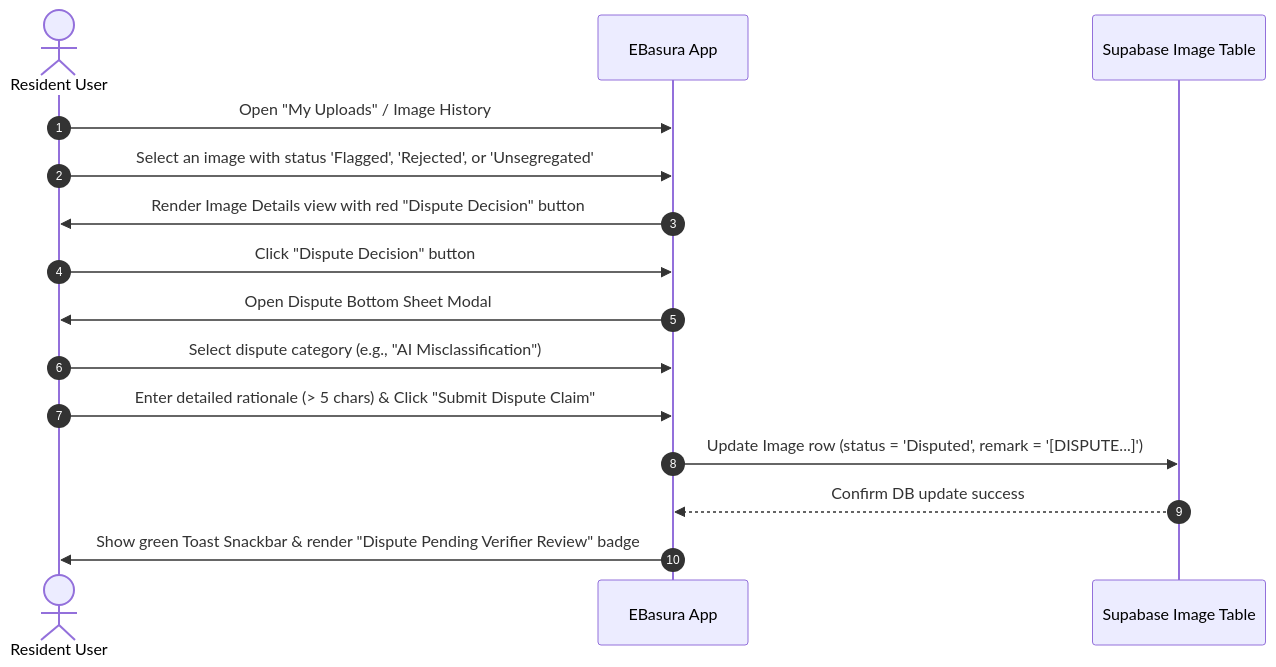
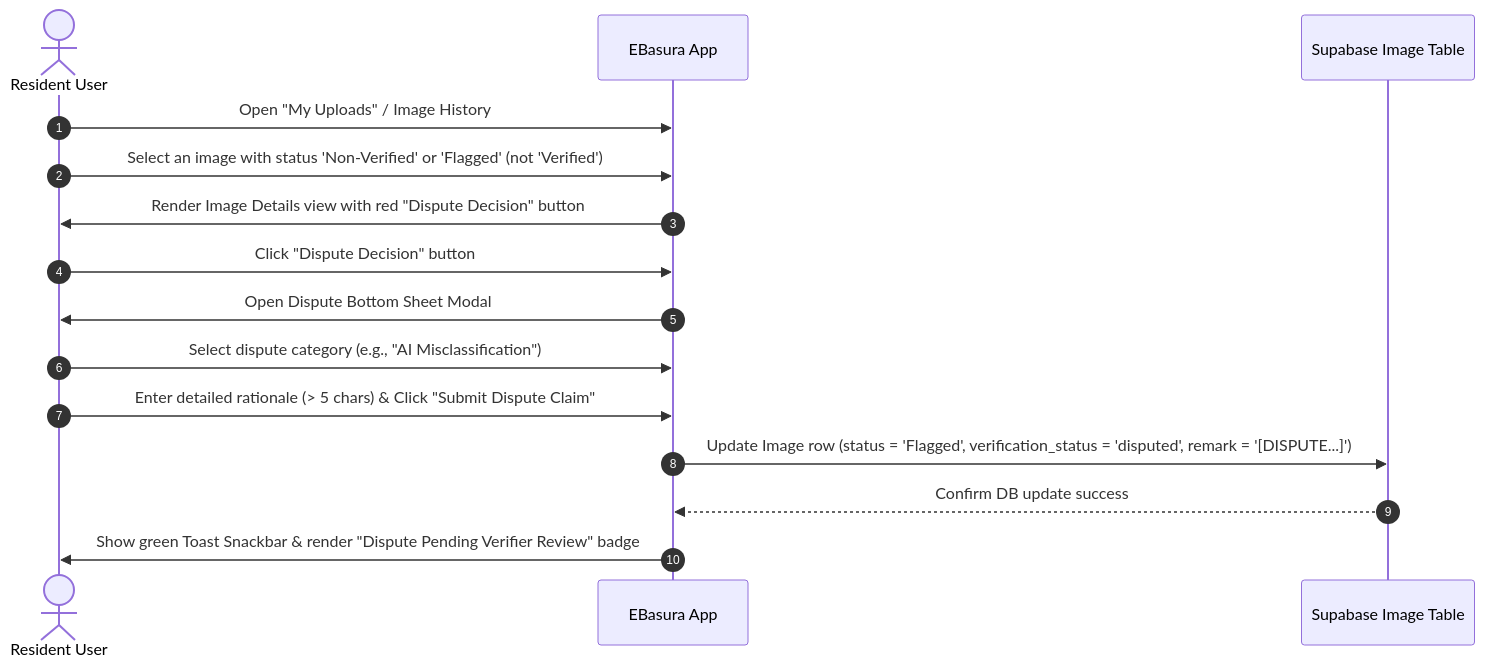
The diagram in docs/testing/EBASURA_Manual_Testing_App_Enhancements.md (Oeubx/EBasura), drawn with Mermaid before and after one commit. The commit also changed other lines of this file and 18 other files, not shown here.

First line of the commit message:
docs(core): synchronized access control and modular specs with research evaluation schema [EBASURA-M0-F0]

````diff
--- a/docs/testing/EBASURA_Manual_Testing_App_Enhancements.md
+++ b/docs/testing/EBASURA_Manual_Testing_App_Enhancements.md
@@ -17,18 +17,18 @@
 ```mermaid
 sequenceDiagram
     autonumber
     actor Resident as Resident User
     participant App as EBasura App
     participant DB as Supabase Image Table
 
     Resident->>App: Open "My Uploads" / Image History
-    Resident->>App: Select an image with status 'Flagged', 'Rejected', or 'Unsegregated'
+    Resident->>App: Select an image with status 'Non-Verified' or 'Flagged' (not 'Verified')
     App->>Resident: Render Image Details view with red "Dispute Decision" button
     Resident->>App: Click "Dispute Decision" button
     App->>Resident: Open Dispute Bottom Sheet Modal
     Resident->>App: Select dispute category (e.g., "AI Misclassification")
     Resident->>App: Enter detailed rationale (> 5 chars) & Click "Submit Dispute Claim"
-    App->>DB: Update Image row (status = 'Disputed', remark = '[DISPUTE...]')
+    App->>DB: Update Image row (status = 'Flagged', verification_status = 'disputed', remark = '[DISPUTE...]')
     DB-->>App: Confirm DB update success
     App->>Resident: Show green Toast Snackbar & render "Dispute Pending Verifier Review" badge
 ```
````
